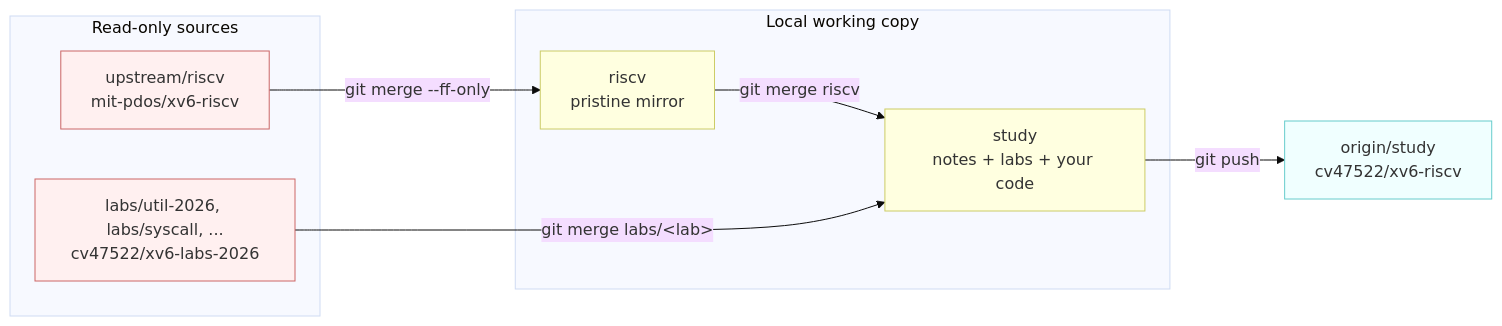
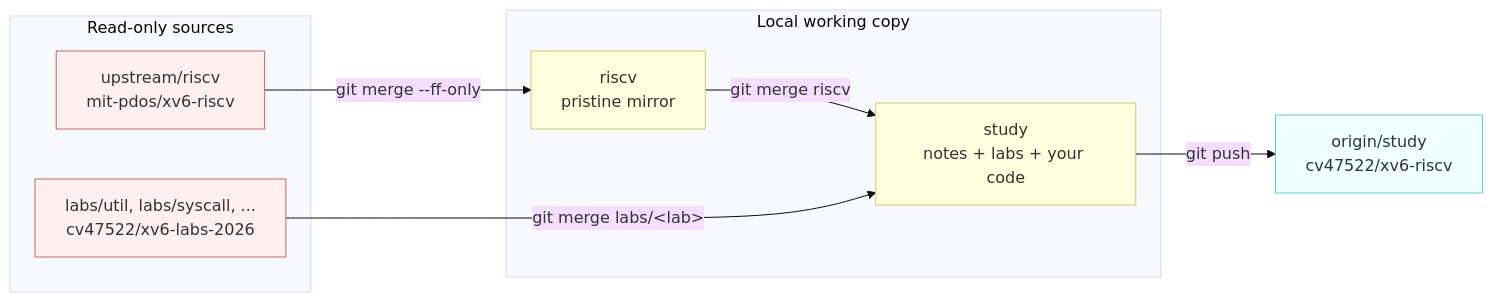
Before and after one commit to cv47522/xv6-riscv: the diagram in docs/00-repo-workflow.md, drawn with Mermaid (base theme). The commit also changed other lines of this file and 2 other files, not shown here.

````diff
--- a/docs/00-repo-workflow.md
+++ b/docs/00-repo-workflow.md
@@ -29,24 +29,24 @@
 ```mermaid
 flowchart LR
     subgraph up["Read-only sources"]
         U["upstream/riscv<br/>mit-pdos/xv6-riscv"]
-        L["labs/util-2026, labs/syscall, ...<br/>cv47522/xv6-labs-2026"]
+        L["labs/util, labs/syscall, ...<br/>cv47522/xv6-labs-2026"]
     end
     subgraph local["Local working copy"]
         R["riscv<br/>pristine mirror"]
         S["study<br/>notes + labs + your code"]
     end
     O["origin/study<br/>cv47522/xv6-riscv"]
 
     U -->|"git merge --ff-only"| R
     R -->|"git merge riscv"| S
     L -->|"git merge labs/&lt;lab&gt;"| S
     S -->|"git push"| O
 
     classDef src fill:#fff0f0,stroke:#c66
     classDef work fill:#ffffe0,stroke:#cc6
     classDef done fill:#f0ffff,stroke:#6cc
     class U,L src
     class R,S work
     class O done
 ```
````
